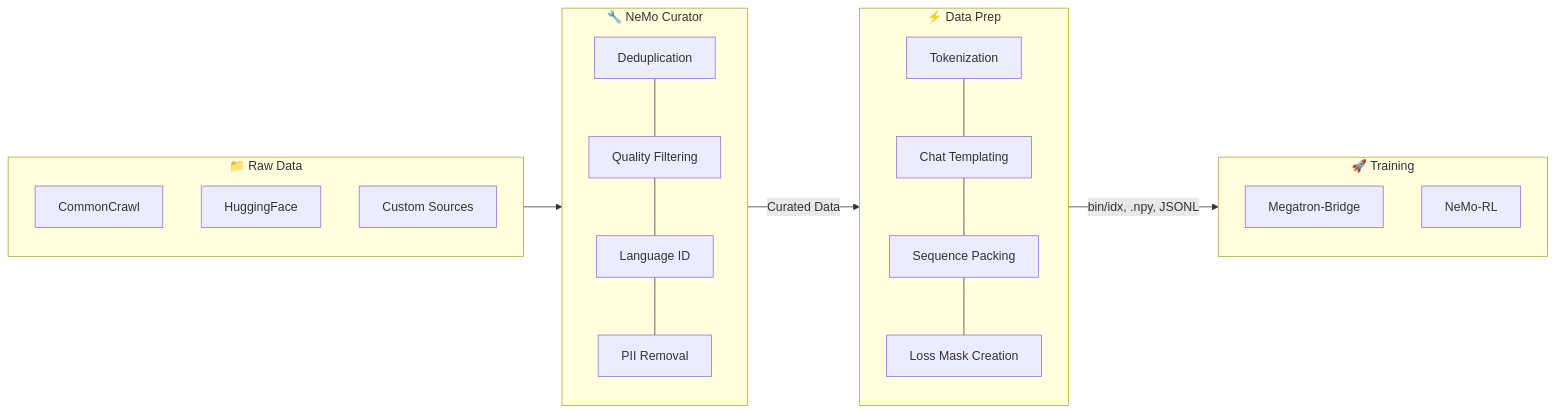
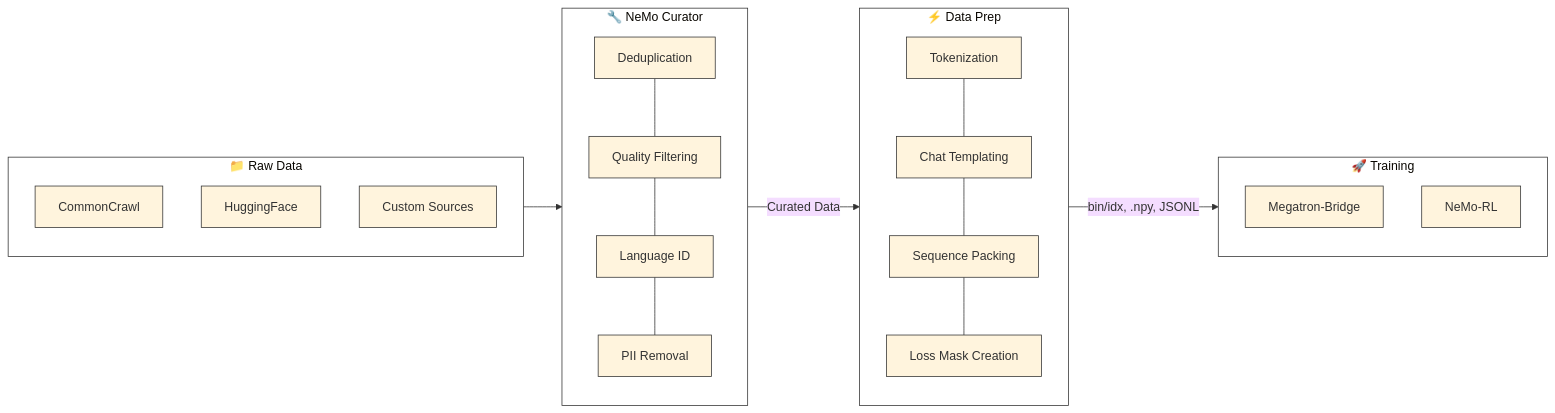
One commit to NVIDIA-NeMo/Nemotron changed the diagram in docs/train/data-prep.md. Above: the diagram before and after it, drawn with Mermaid. The commit also changed other lines of this file and 40 other files, not shown here.

````diff
--- a/docs/train/data-prep.md
+++ b/docs/train/data-prep.md
@@ -19,33 +21,34 @@
 ```mermaid
+%%{init: {'theme': 'base', 'themeVariables': { 'primaryBorderColor': '#333333', 'lineColor': '#333333', 'primaryTextColor': '#333333', 'clusterBkg': '#ffffff', 'clusterBorder': '#333333'}}}%%
 flowchart LR
     subgraph sources["📁 Raw Data"]
         CC["CommonCrawl"]
         HF["HuggingFace"]
         Custom["Custom Sources"]
     end
 
     subgraph curator["🔧 NeMo Curator"]
         C1["Deduplication"]
         C2["Quality Filtering"]
         C3["Language ID"]
         C4["PII Removal"]
         C1 --- C2 --- C3 --- C4
     end
 
     subgraph dataprep["⚡ Data Prep"]
         D1["Tokenization"]
         D2["Chat Templating"]
         D3["Sequence Packing"]
         D4["Loss Mask Creation"]
         D1 --- D2 --- D3 --- D4
     end
 
     subgraph training["🚀 Training"]
         T1["Megatron-Bridge"]
         T2["NeMo-RL"]
     end
 
     sources --> curator
     curator -->|"Curated Data"| dataprep
     dataprep -->|"bin/idx, .npy, JSONL"| training
 ```
````
